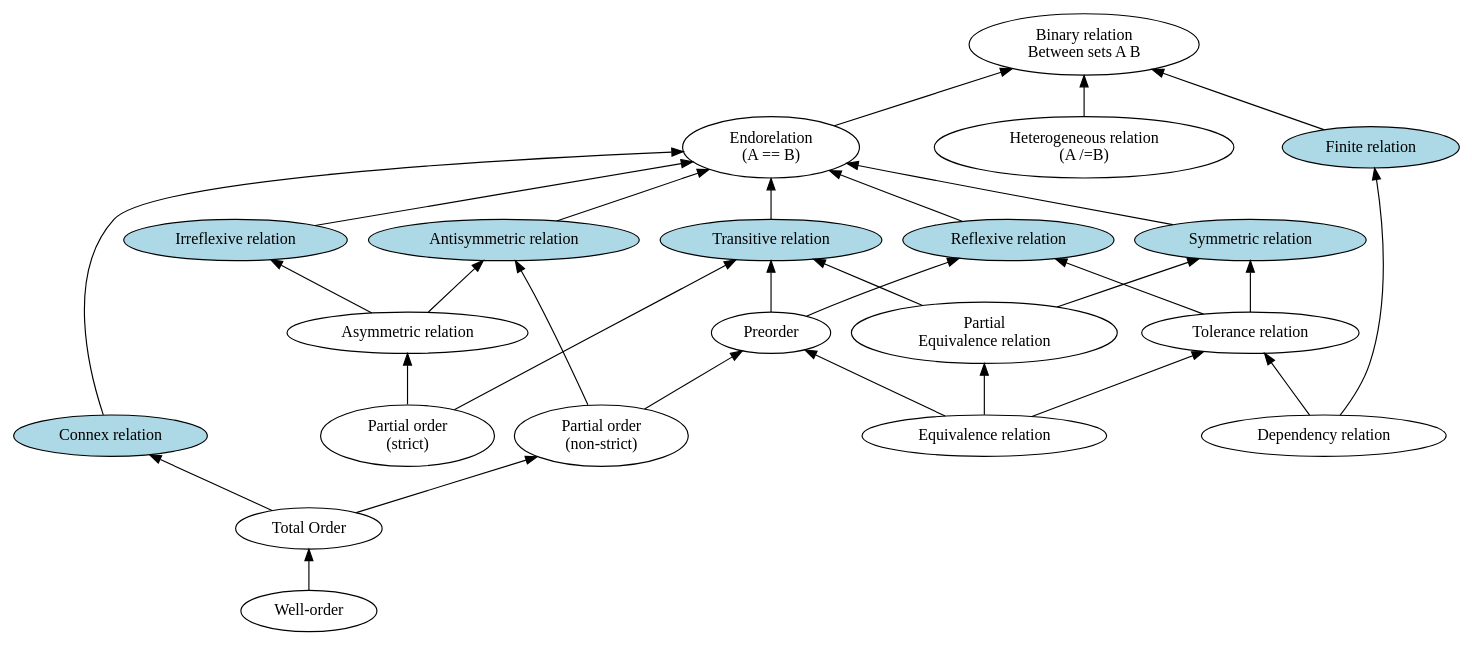
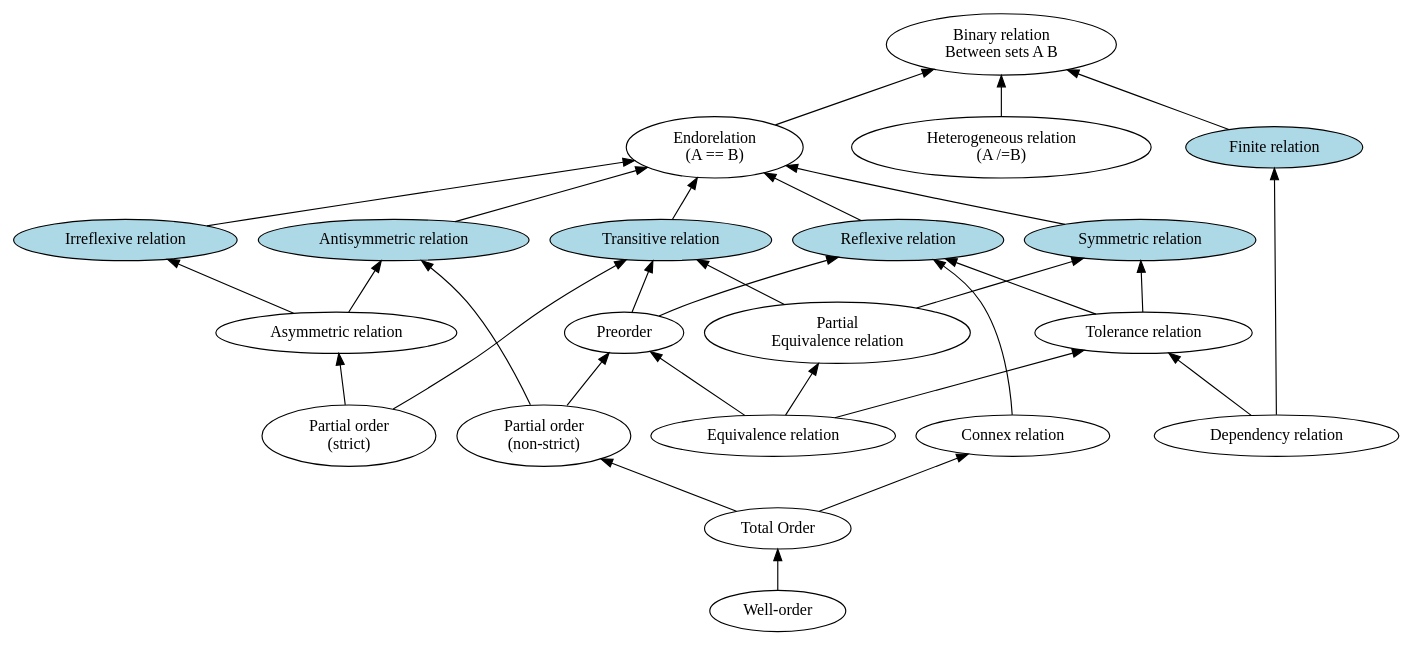
One commit to jhrcek/fca-notes changed the diagram in dot/order_theory.dot. Above: the diagram before and after it, drawn with Graphviz. The commit also changed 1 other file, not shown here.

Commit message:
Connex implies reflexive

```diff
--- a/dot/order_theory.dot
+++ b/dot/order_theory.dot
@@ -1,47 +1,48 @@
 digraph order_theory {
 rankdir=BT;
 0 [label="Binary relation\nBetween sets A B" href="https://en.wikipedia.org/wiki/Binary_relation"]
 1 [label="Endorelation\n(A == B)" href="https://en.wikipedia.org/wiki/Binary_relation"]
 
 5 [label="Heterogeneous relation\n(A /=B)" href="https://en.wikipedia.org/wiki/Heterogeneous_relation"]
 6 [label="Total Order" href="https://en.wikipedia.org/wiki/Total_order"]
 7 [label="Partial order\n(non-strict)" href="https://en.wikipedia.org/wiki/Partially_ordered_set"]
 
 8 [label="Preorder" href="https://en.wikipedia.org/wiki/Preorder"]
 9 [label="Equivalence relation" href="https://en.wikipedia.org/wiki/Equivalence_relation"]
 
-11 [label="Connex relation" href="https://en.wikipedia.org/wiki/Connex_relation" fillcolor=lightblue style=filled]
+11 [label="Connex relation" href="https://en.wikipedia.org/wiki/Connex_relation"]
 12 [label="Antisymmetric relation" href="https://en.wikipedia.org/wiki/Antisymmetric_relation" fillcolor=lightblue style=filled]
 13 [label="Transitive relation" href="https://en.wikipedia.org/wiki/Transitive_relation" fillcolor=lightblue style=filled]
 14 [label="Reflexive relation" href="https://en.wikipedia.org/wiki/Reflexive_relation" fillcolor=lightblue style=filled]
 15 [label="Asymmetric relation" href="https://en.wikipedia.org/wiki/Asymmetric_relation"]
 16 [label="Symmetric relation" href="https://en.wikipedia.org/wiki/Symmetric_relation" fillcolor=lightblue style=filled]
 
 18 [label="Irreflexive relation" href="https://en.wikipedia.org/wiki/Reflexive_relation" fillcolor=lightblue style=filled]
 19 [label="Partial\nEquivalence relation" href="https://en.wikipedia.org/wiki/Partial_equivalence_relation"]
 20 [label="Well-order" href="https://en.wikipedia.org/wiki/Well-order"]
 21 [label="Partial order\n(strict)" href="https://en.wikipedia.org/wiki/Partially_ordered_set"]
 22 [label="Dependency relation" href="https://en.wikipedia.org/wiki/Dependency_relation"]
 23 [label="Tolerance relation" href="https://en.wikipedia.org/wiki/Tolerance_relation"]
 24 [label="Finite relation" fillcolor=lightblue style=filled]
 /*
 2 [label="Converse relation" href="https://en.wikipedia.org/wiki/Converse_relation"]
 17 [label="Lattice" href="https://en.wikipedia.org/wiki/Lattice_(order)"]
 25 [label="" href="https://en.wikipedia.org/wiki/Weak_ordering"]
 [label="" href=""]
 [label="" href=""]
 [label="" href=""]
 */
 {1,5,24}->0
-{11,12,13,14,16,18}->1
+{12,13,14,16,18}->1
 6->{7,11}
 7->{8,12}
 9->{8,19,23}
 8->{13,14}
 15->{12,18}
+11->14
 19->{13,16}
 20->6
 21->{13,15}
 23->{14,16}
 22->{23,24}
 }
```
